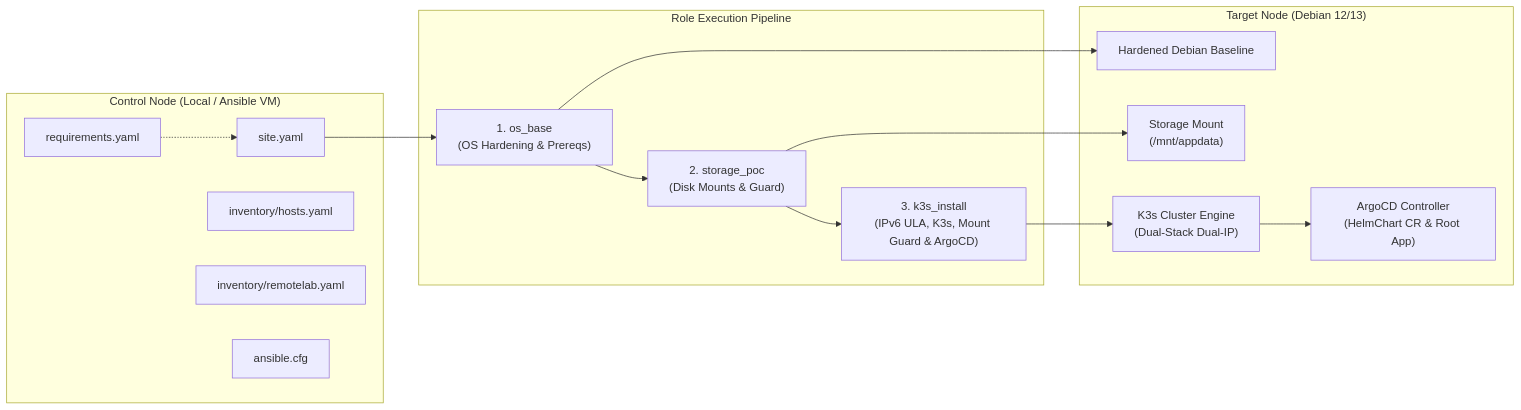
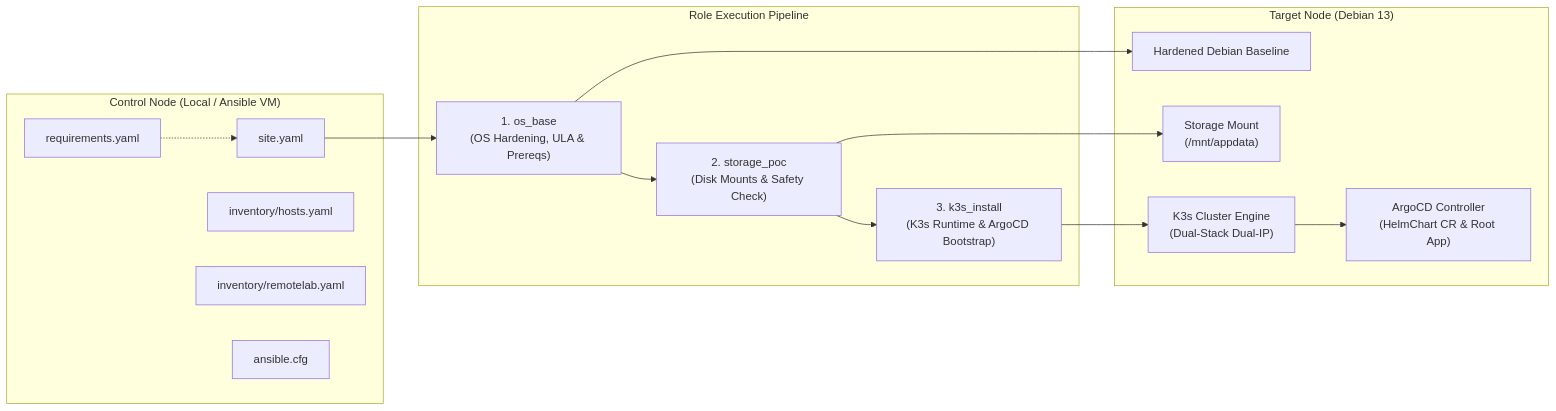
One commit to atrisko/k3s-homelab-migration changed the diagram in docs/ansible.md. Above: the diagram before and after it, drawn with Mermaid. The commit also changed other lines of this file and 2 other files, not shown here.

````diff
--- a/docs/ansible.md
+++ b/docs/ansible.md
@@ -11,30 +11,30 @@
 ```mermaid
 flowchart LR
     subgraph ControlNode ["Control Node (Local / Ansible VM)"]
         Req["requirements.yaml"]
         Site["site.yaml"]
         InvAWS["inventory/hosts.yaml"]
         InvLab["inventory/remotelab.yaml"]
         Cfg["ansible.cfg"]
     end
 
     subgraph Pipeline ["Role Execution Pipeline"]
-        R1["1. os_base<br/>(OS Hardening & Prereqs)"]
-        R2["2. storage_poc<br/>(Disk Mounts & Guard)"]
-        R3["3. k3s_install<br/>(IPv6 ULA, K3s, Mount Guard & ArgoCD)"]
+        R1["1. os_base<br/>(OS Hardening, ULA & Prereqs)"]
+        R2["2. storage_poc<br/>(Disk Mounts & Safety Check)"]
+        R3["3. k3s_install<br/>(K3s Runtime & ArgoCD Bootstrap)"]
     end
 
-    subgraph TargetNode ["Target Node (Debian 12/13)"]
+    subgraph TargetNode ["Target Node (Debian 13)"]
         Base["Hardened Debian Baseline"]
         DataVol["Storage Mount<br/>(/mnt/appdata)"]
         K3s["K3s Cluster Engine<br/>(Dual-Stack Dual-IP)"]
         Argo["ArgoCD Controller<br/>(HelmChart CR & Root App)"]
     end
 
     Req -.-> Site
     Site --> R1 --> R2 --> R3
     R1 --> Base
     R2 --> DataVol
     R3 --> K3s
     K3s --> Argo
 ```
````
